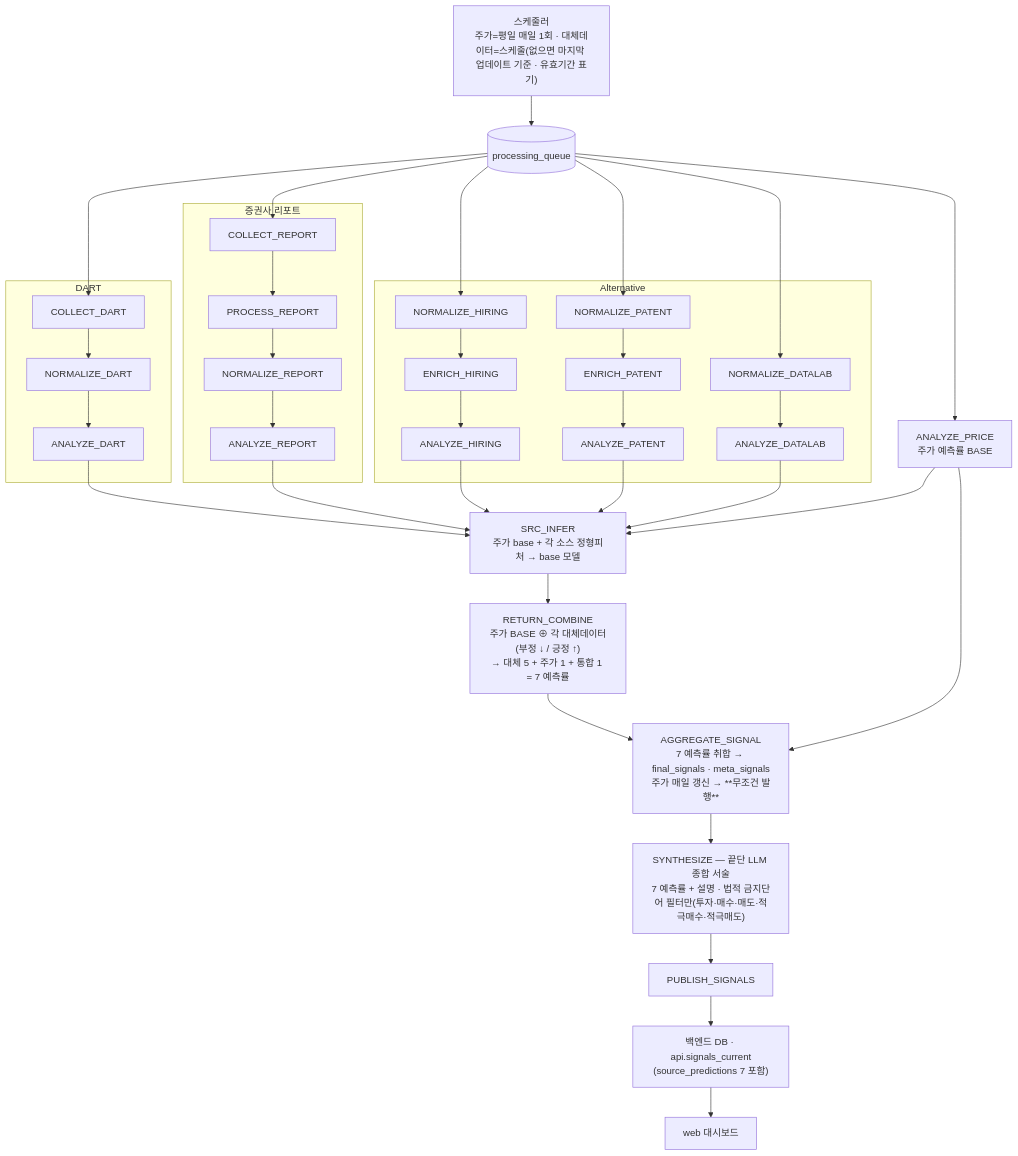
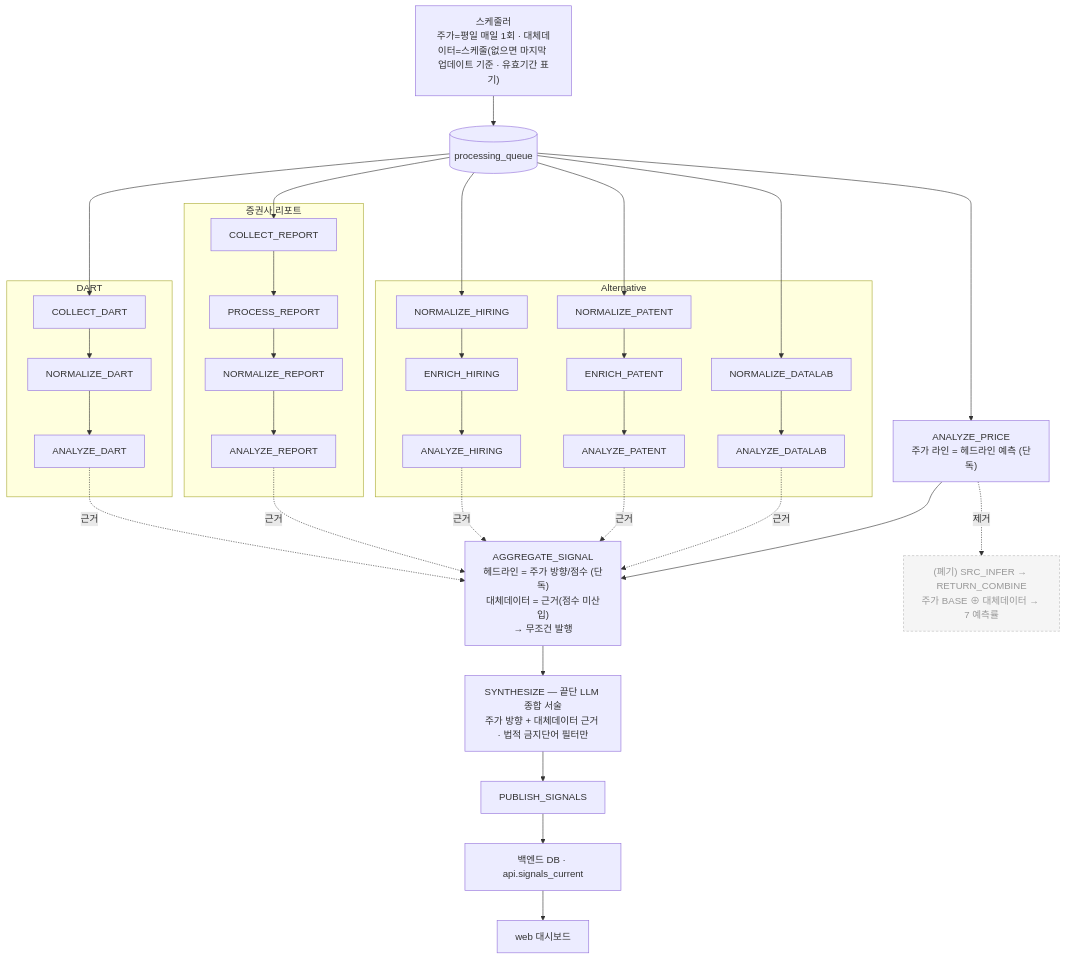
One commit to AIX14-3/signal-alpha changed the first of 3 diagrams in docs/spec/worker-pipeline-detailed.md. Above: the diagram before and after it, drawn with Mermaid. The commit also changed other lines of this file, not shown here.

````diff
--- a/docs/spec/worker-pipeline-detailed.md
+++ b/docs/spec/worker-pipeline-detailed.md
@@ -16,40 +22,41 @@
 ```mermaid
 flowchart TB
   sch["스케줄러<br/>주가=평일 매일 1회 · 대체데이터=스케줄(없으면 마지막 업데이트 기준 · 유효기간 표기)"] --> Q[("processing_queue")]
 
   subgraph DART
     cd[COLLECT_DART] --> nd[NORMALIZE_DART] --> ad[ANALYZE_DART]
   end
   subgraph REPORT["증권사 리포트"]
     cr[COLLECT_REPORT] --> prc[PROCESS_REPORT] --> nr[NORMALIZE_REPORT] --> ar[ANALYZE_REPORT]
   end
   subgraph ALT["Alternative"]
     nh[NORMALIZE_HIRING] --> eh[ENRICH_HIRING] --> ah[ANALYZE_HIRING]
     npa[NORMALIZE_PATENT] --> ep[ENRICH_PATENT] --> apa[ANALYZE_PATENT]
     ndl[NORMALIZE_DATALAB] --> adl[ANALYZE_DATALAB]
   end
-  ap[ANALYZE_PRICE<br/>주가 예측률 BASE]
+  ap["ANALYZE_PRICE<br/>주가 라인 = 헤드라인 예측 (단독)"]
 
   Q --> cd
   Q --> cr
   Q --> nh
   Q --> npa
   Q --> ndl
   Q --> ap
 
-  %% 예측률 결합 (주가 BASE ⊕ 각 대체데이터)
-  ap --> si["SRC_INFER<br/>주가 base + 각 소스 정형피처 → base 모델"]
-  ad --> si
-  ar --> si
-  ah --> si
-  apa --> si
-  adl --> si
-  si --> rc["RETURN_COMBINE<br/>주가 BASE ⊕ 각 대체데이터(부정 ↓ / 긍정 ↑)<br/>→ 대체 5 + 주가 1 + 통합 1 = 7 예측률"]
+  %% 헤드라인 = 주가 라인 단독. 대체데이터/DART/리포트는 근거로만 fan-in.
+  ap --> agg["AGGREGATE_SIGNAL<br/>헤드라인 = 주가 방향/점수 (단독)<br/>대체데이터 = 근거(점수 미산입)<br/>→ 무조건 발행"]
+  ad -. "근거" .-> agg
+  ar -. "근거" .-> agg
+  ah -. "근거" .-> agg
+  apa -. "근거" .-> agg
+  adl -. "근거" .-> agg
 
-  rc --> agg["AGGREGATE_SIGNAL<br/>7 예측률 취합 → final_signals · meta_signals<br/>주가 매일 갱신 → **무조건 발행**"]
-  ap --> agg
+  agg --> sy["SYNTHESIZE — 끝단 LLM 종합 서술<br/>주가 방향 + 대체데이터 근거 · 법적 금지단어 필터만"]
+  sy --> pub[PUBLISH_SIGNALS]
+  pub --> api["백엔드 DB · api.signals_current"] --> web[web 대시보드]
 
-  agg --> sy["SYNTHESIZE — 끝단 LLM 종합 서술<br/>7 예측률 + 설명 · 법적 금지단어 필터만(투자·매수·매도·적극매수·적극매도)"]
-  sy --> pub[PUBLISH_SIGNALS]
-  pub --> api["백엔드 DB · api.signals_current<br/>(source_predictions 7 포함)"] --> web[web 대시보드]
+  mlr["(폐기) SRC_INFER → RETURN_COMBINE<br/>주가 BASE ⊕ 대체데이터 → 7 예측률"]
+  ap -.->|"제거"| mlr
+  classDef dead fill:#f5f5f5,stroke:#bbbbbb,color:#999999,stroke-dasharray:4 3;
+  class mlr dead;
 ```
````
